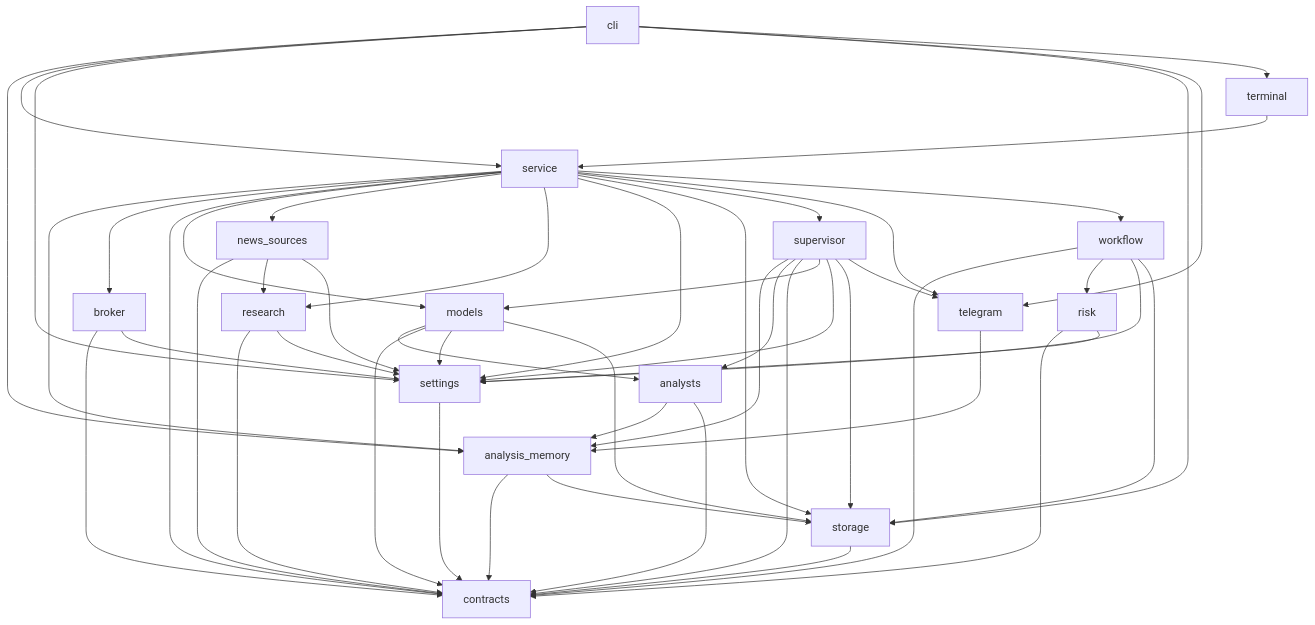
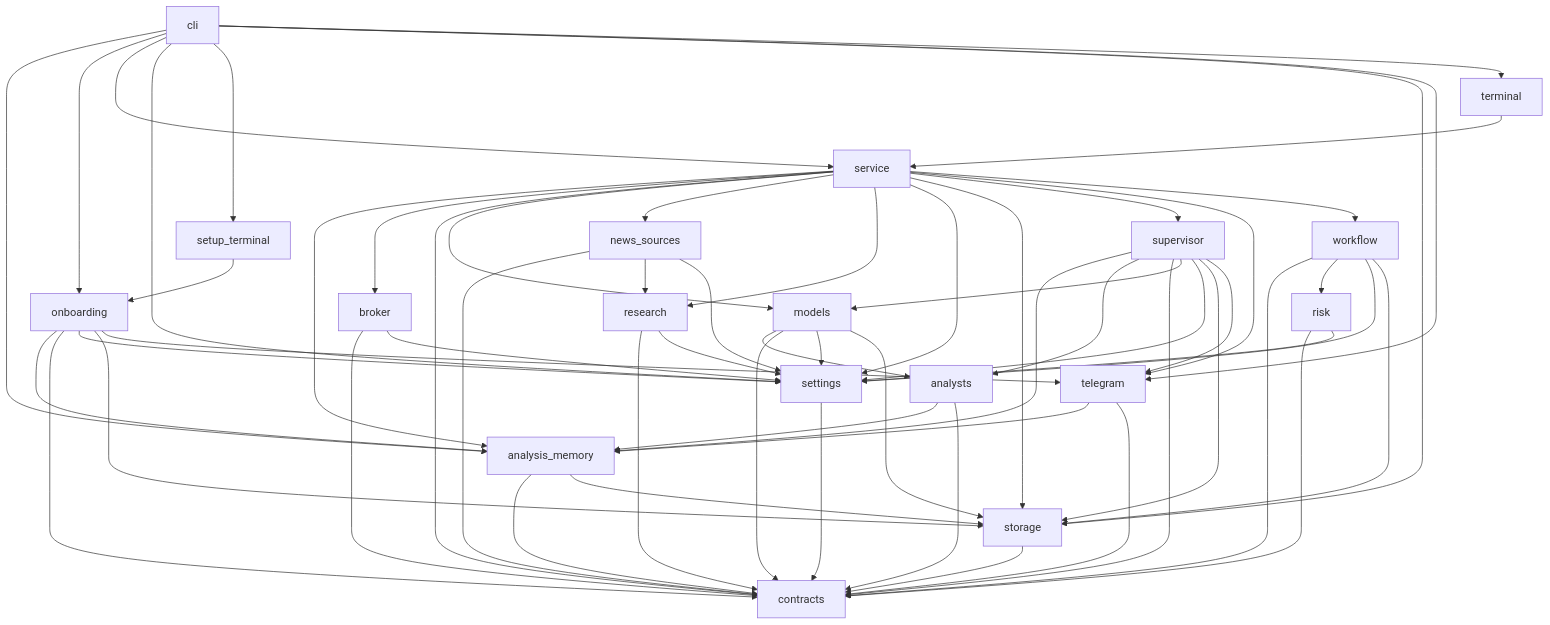
Before and after one commit to JKGiova/agentic-trading-workflow: the diagram in docs/codebase-map.md, drawn with Mermaid. The commit also changed other lines of this file and 21 other files, not shown here.

First line of the commit message:
feat: add first-run Telegram onboarding and saved setup

````diff
--- a/docs/codebase-map.md
+++ b/docs/codebase-map.md
@@ -9,68 +9,79 @@
 ```mermaid
 flowchart TD
     M1["analysis_memory"]
     M2["analysts"]
     M3["broker"]
     M4["cli"]
     M5["contracts"]
     M6["models"]
     M7["news_sources"]
-    M8["research"]
-    M9["risk"]
-    M10["service"]
-    M11["settings"]
-    M12["storage"]
-    M13["supervisor"]
-    M14["telegram"]
-    M15["terminal"]
-    M16["workflow"]
+    M8["onboarding"]
+    M9["research"]
+    M10["risk"]
+    M11["service"]
+    M12["settings"]
+    M13["setup_terminal"]
+    M14["storage"]
+    M15["supervisor"]
+    M16["telegram"]
+    M17["terminal"]
+    M18["workflow"]
     M1 --> M5
-    M1 --> M12
+    M1 --> M14
     M2 --> M1
     M2 --> M5
     M3 --> M5
-    M3 --> M11
+    M3 --> M12
     M4 --> M1
-    M4 --> M10
+    M4 --> M8
     M4 --> M11
     M4 --> M12
+    M4 --> M13
     M4 --> M14
-    M4 --> M15
+    M4 --> M16
+    M4 --> M17
     M6 --> M2
     M6 --> M5
-    M6 --> M11
     M6 --> M12
+    M6 --> M14
     M7 --> M5
-    M7 --> M8
-    M7 --> M11
+    M7 --> M9
+    M7 --> M12
+    M8 --> M1
     M8 --> M5
-    M8 --> M11
+    M8 --> M12
+    M8 --> M14
+    M8 --> M16
     M9 --> M5
-    M9 --> M11
-    M10 --> M1
-    M10 --> M3
+    M9 --> M12
     M10 --> M5
-    M10 --> M6
-    M10 --> M7
-    M10 --> M8
-    M10 --> M11
     M10 --> M12
-    M10 --> M13
-    M10 --> M14
-    M10 --> M16
+    M11 --> M1
+    M11 --> M3
     M11 --> M5
+    M11 --> M6
+    M11 --> M7
+    M11 --> M9
+    M11 --> M12
+    M11 --> M14
+    M11 --> M15
+    M11 --> M16
+    M11 --> M18
     M12 --> M5
-    M13 --> M1
-    M13 --> M2
-    M13 --> M5
-    M13 --> M6
-    M13 --> M11
-    M13 --> M12
-    M13 --> M14
-    M14 --> M1
-    M15 --> M10
+    M13 --> M8
+    M14 --> M5
+    M15 --> M1
+    M15 --> M2
+    M15 --> M5
+    M15 --> M6
+    M15 --> M12
+    M15 --> M14
+    M15 --> M16
+    M16 --> M1
     M16 --> M5
-    M16 --> M9
-    M16 --> M11
-    M16 --> M12
+    M17 --> M11
+    M18 --> M5
+    M18 --> M10
+    M18 --> M12
+    M18 --> M14
 ```
````
